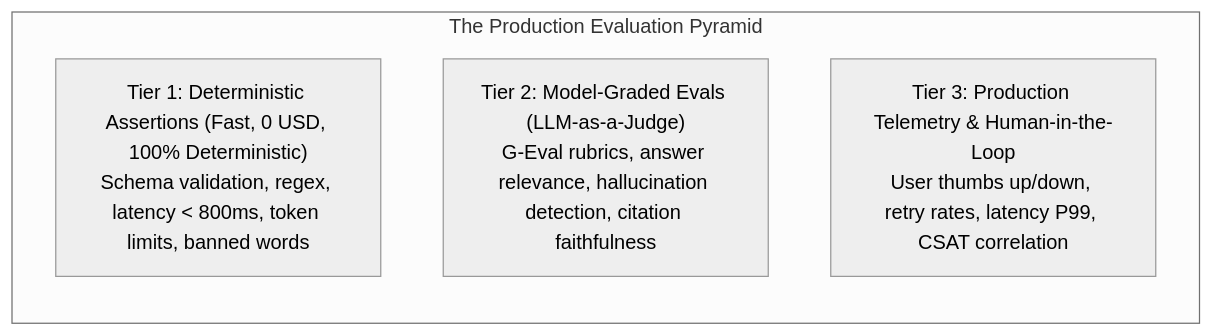
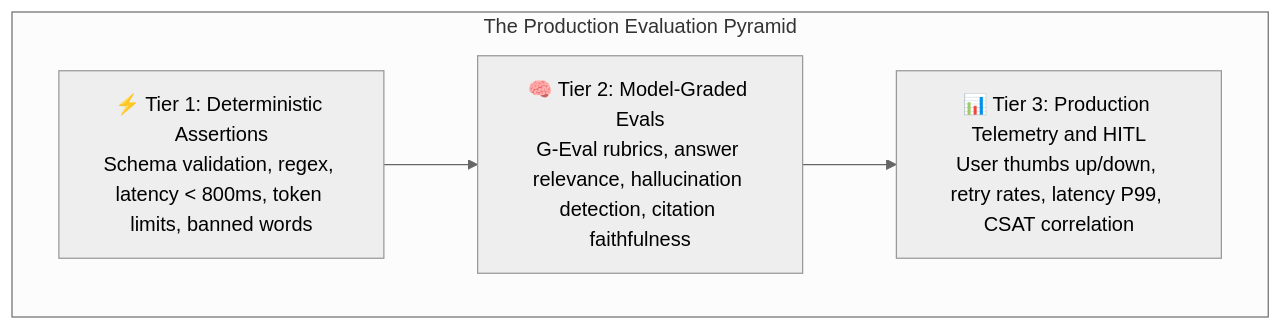
One commit to dip4k/senior-engineer-to-ai-engineer-roadmap changed the sixth of 15 diagrams in resources/beginner-mistakes-cheatsheet.md. Above: the diagram before and after it, drawn with Mermaid (neutral theme). The commit also changed other lines of this file and 94 other files, not shown here.

Commit message:
refactor(curriculum): complete Phase 04 upgrade and enforce diagram renderer invariants

````diff
--- a/resources/beginner-mistakes-cheatsheet.md
+++ b/resources/beginner-mistakes-cheatsheet.md
@@ -489,9 +485,9 @@
 ```mermaid
 flowchart TD
     subgraph EvalPyramid["The Production Evaluation Pyramid"]
-        direction TB
-        E1["Tier 1: Deterministic Assertions (Fast, 0 USD, 100% Deterministic)\nSchema validation, regex, latency < 800ms, token limits, banned words"]
-        E2["Tier 2: Model-Graded Evals (LLM-as-a-Judge)\nG-Eval rubrics, answer relevance, hallucination detection, citation faithfulness"]
-        E3["Tier 3: Production Telemetry & Human-in-the-Loop\nUser thumbs up/down, retry rates, latency P99, CSAT correlation"]
+        E1["⚡ Tier 1: Deterministic Assertions\nSchema validation, regex, latency < 800ms, token limits, banned words"]
+        E2["🧠 Tier 2: Model-Graded Evals\nG-Eval rubrics, answer relevance, hallucination detection, citation faithfulness"]
+        E3["📊 Tier 3: Production Telemetry and HITL\nUser thumbs up/down, retry rates, latency P99, CSAT correlation"]
+        E1 --> E2 --> E3
     end
 ```
````
